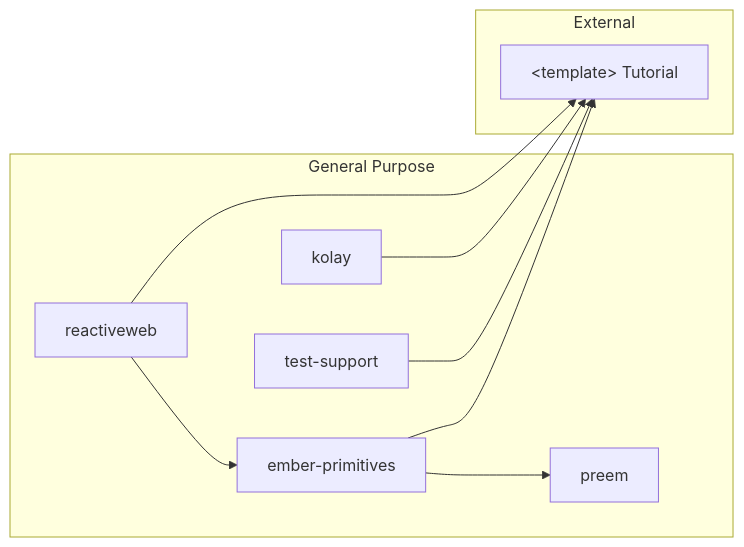
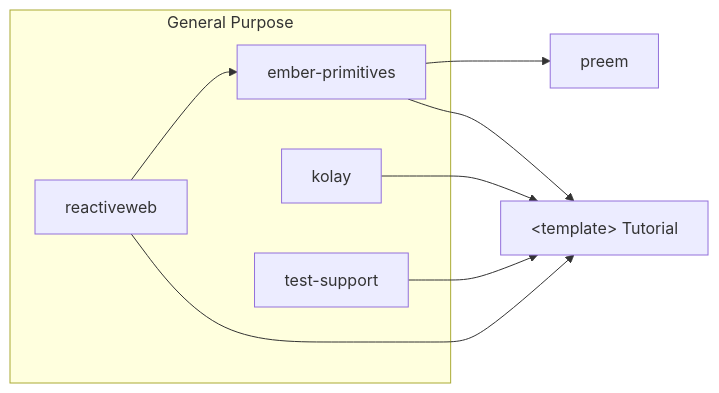
One commit to universal-ember/.github changed the second of 2 diagrams in profile/README.md. Above: the diagram before and after it, drawn with Mermaid. The commit also changed other lines of this file, not shown here.

````diff
--- a/profile/README.md
+++ b/profile/README.md
@@ -74,24 +81,25 @@
 ```mermaid
 flowchart LR  
   subgraph "General Purpose"
-    ember-primitives-->preem
+    ember-primitives
     kolay
     reactiveweb-->ember-primitives
     test-support
   end
 
-  subgraph "External"
-    tutorial["&lt;template&gt; Tutorial"]
-    kolay-->tutorial
-    ember-primitives-->tutorial
-    reactiveweb-->tutorial
-    test-support-->tutorial
-    click tutorial "https://tutorial.glimdown.com" _blank
-  end
+  ember-primitives-->preem
 
+  tutorial["&lt;template&gt; Tutorial"]
+  kolay-->tutorial
+  ember-primitives-->tutorial
+  reactiveweb-->tutorial
+  test-support-->tutorial
+ 
+
+  click tutorial "https://tutorial.glimdown.com" _blank
   click ember-primitives "https://ember-primitives.pages.dev" _blank
   click kolay "https://github.com/universal-ember/kolay/" _blank
   click reactiveweb "https://reactive.nullvoxpopuli.com/" _blank
-
-
+  click test-support "https://github.com/universal-ember/test-support" _blank
+  click preem "https://github.com/universal-ember/preem/" _blank
 ```
````
